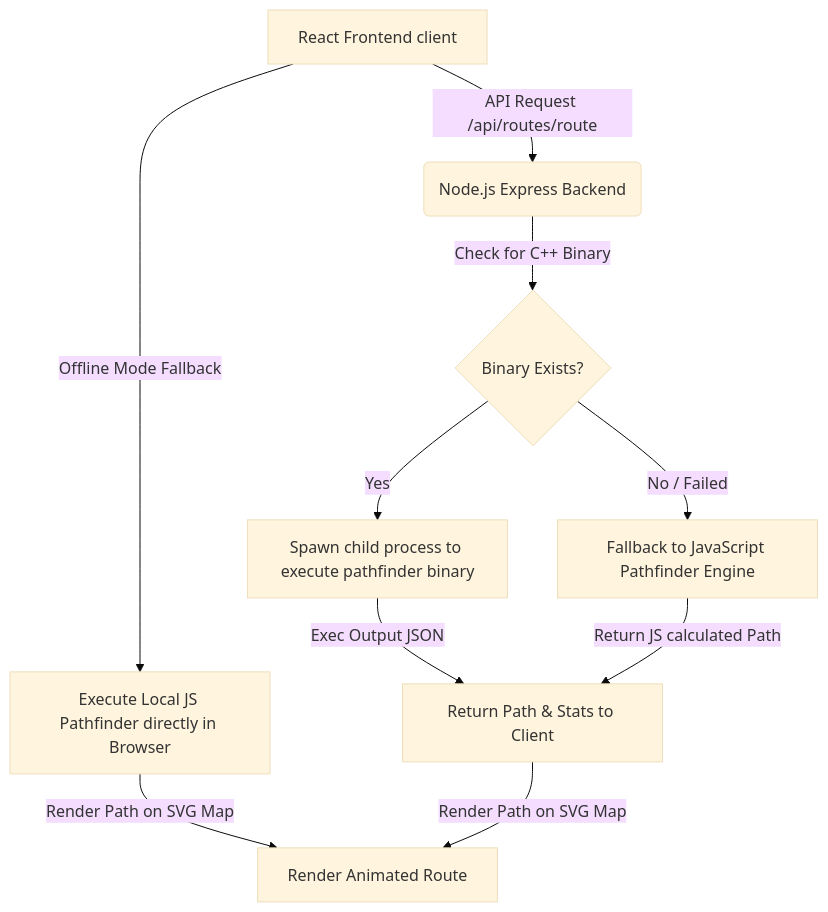
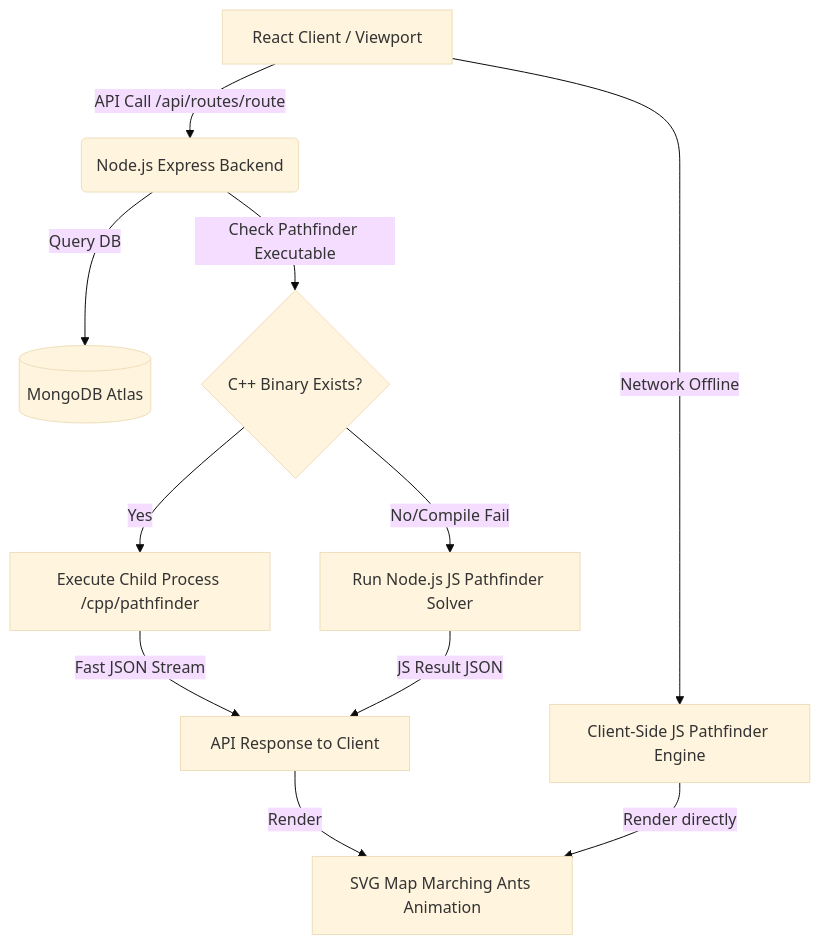
One commit to adityax-03/campus-navigation-system changed the first of 2 diagrams in project_report.md. Above: the diagram before and after it, drawn with Mermaid (base theme). The commit also changed other lines of this file, not shown here.

````diff
--- a/project_report.md
+++ b/project_report.md
@@ -75,12 +78,13 @@
 ```mermaid
 graph TD
-    A[React Frontend client] -->|API Request /api/routes/route| B(Node.js Express Backend)
-    B -->|Check for C++ Binary| C{Binary Exists?}
-    C -->|Yes| D[Spawn child process to execute pathfinder binary]
-    D -->|Exec Output JSON| E[Return Path & Stats to Client]
-    C -->|No / Failed| F[Fallback to JavaScript Pathfinder Engine]
-    F -->|Return JS calculated Path| E
-    A -->|Offline Mode Fallback| G[Execute Local JS Pathfinder directly in Browser]
-    G -->|Render Path on SVG Map| H[Render Animated Route]
-    E -->|Render Path on SVG Map| H
+    A[React Client / Viewport] -->|API Call /api/routes/route| B(Node.js Express Backend)
+    B -->|Query DB| C[(MongoDB Atlas)]
+    B -->|Check Pathfinder Executable| D{C++ Binary Exists?}
+    D -->|Yes| E[Execute Child Process /cpp/pathfinder]
+    E -->|Fast JSON Stream| F[API Response to Client]
+    D -->|No/Compile Fail| G[Run Node.js JS Pathfinder Solver]
+    G -->|JS Result JSON| F
+    A -->|Network Offline| H[Client-Side JS Pathfinder Engine]
+    H -->|Render directly| I[SVG Map Marching Ants Animation]
+    F -->|Render| I
 ```
````
